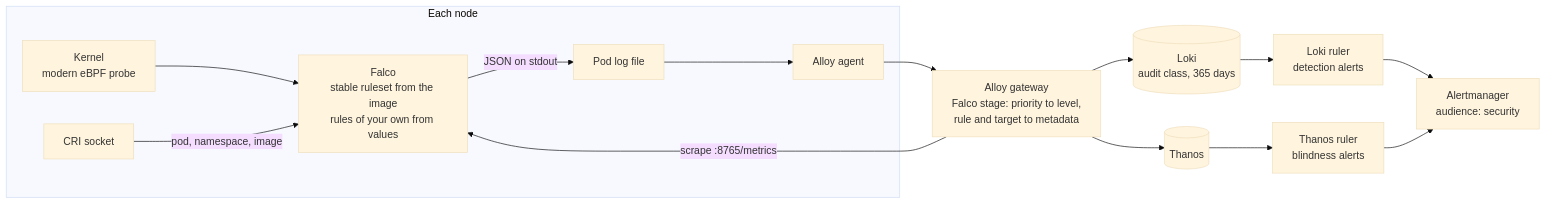
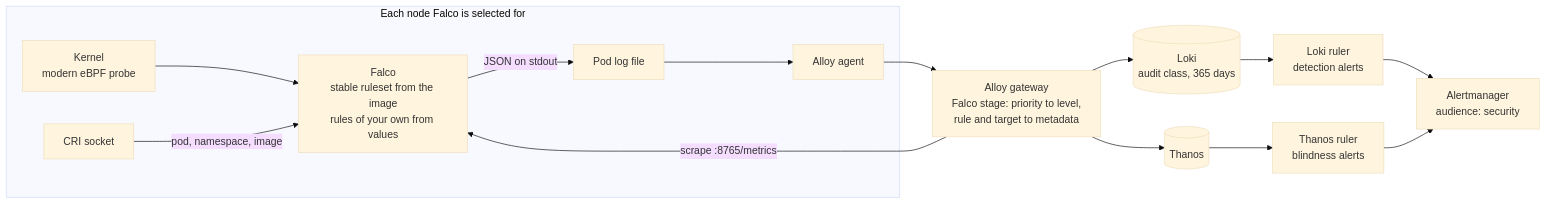
Before and after one commit to MaterializeInc/materialize-monitoring: the diagram in docs/content/reference/development/design-docs/20261027-falco-runtime-security.md, drawn with Mermaid (base theme). The commit also changed other lines of this file and 1 other file, not shown here.

First line of the commit message:
Falco design: per-pool enablement by trust class

````diff
--- a/docs/content/reference/development/design-docs/20261027-falco-runtime-security.md
+++ b/docs/content/reference/development/design-docs/20261027-falco-runtime-security.md
@@ -201,30 +210,30 @@
 ```mermaid
 flowchart LR
-  subgraph node["Each node"]
+  subgraph node["Each node Falco is selected for"]
     kernel["Kernel<br/>modern eBPF probe"]
     cri["CRI socket"]
     falco["Falco<br/>stable ruleset from the image<br/>rules of your own from values"]
     file["Pod log file"]
     agent["Alloy agent"]
     kernel --> falco
     cri -->|"pod, namespace, image"| falco
     falco -->|"JSON on stdout"| file
     file --> agent
   end
 
   gw["Alloy gateway<br/>Falco stage: priority to level,<br/>rule and target to metadata"]
   loki[("Loki<br/>audit class, 365 days")]
   thanos[("Thanos")]
   lruler["Loki ruler<br/>detection alerts"]
   truler["Thanos ruler<br/>blindness alerts"]
   am["Alertmanager<br/>audience: security"]
 
   agent --> gw
   gw --> loki
   gw -->|"scrape :8765/metrics"| falco
   gw --> thanos
   loki --> lruler
   thanos --> truler
   lruler --> am
   truler --> am
 ```
````
